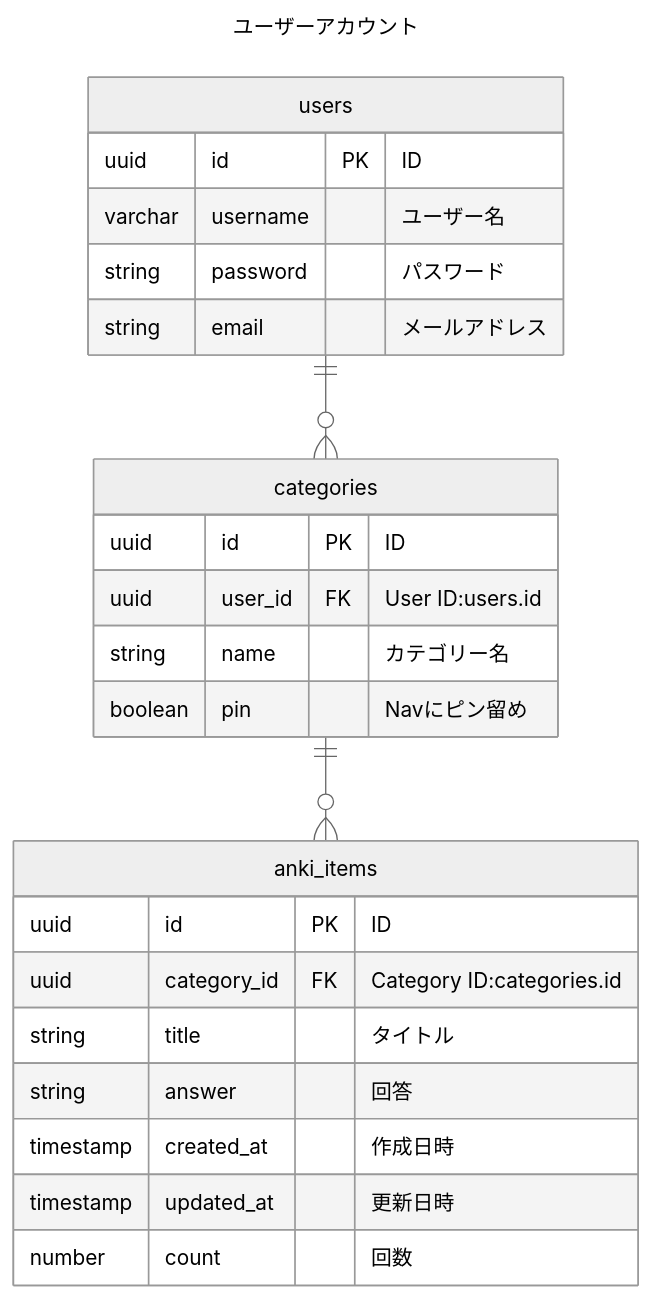
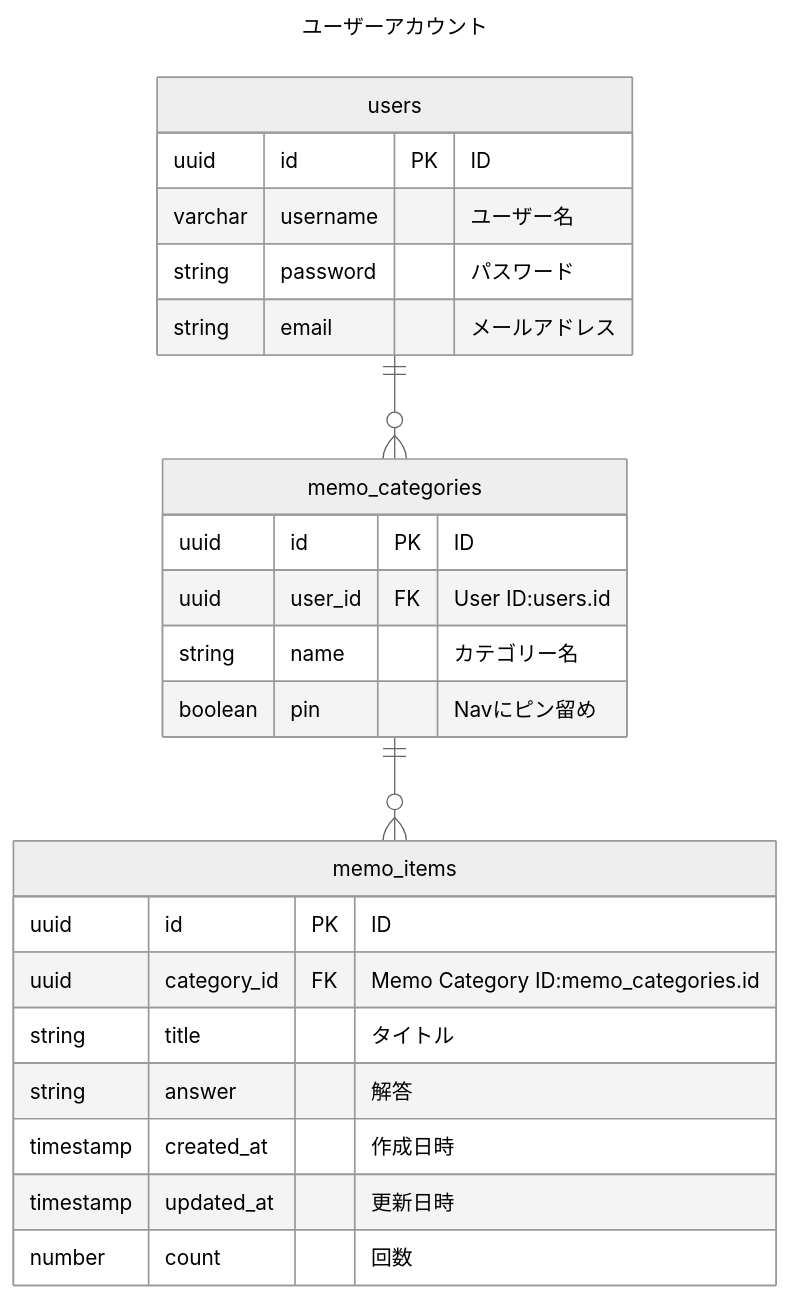
One commit to Faron-17/memorization-app-mock changed the diagram in doc/erd.md. Above: the diagram before and after it, drawn with Mermaid (neutral theme).

Commit message:
- commit

````diff
--- a/doc/erd.md
+++ b/doc/erd.md
@@ -5,32 +5,32 @@
 ```mermaid
 ---
 title: "ユーザーアカウント"
 ---
 erDiagram
-  users ||--o{ categories : ""
-  categories ||--o{ anki_items : ""
+  users ||--o{ memo_categories : ""
+  memo_categories ||--o{ memo_items : ""
 
   users {
     uuid id PK "ID"
     varchar username "ユーザー名"
     string password "パスワード"
     string email "メールアドレス"
   }
 
-  categories {
+  memo_categories {
     uuid id PK "ID"
     uuid user_id FK "User ID:users.id"
     string name "カテゴリー名"
     boolean pin "Navにピン留め"
   }
 
-  anki_items {
+  memo_items {
     uuid id PK "ID"
-    uuid category_id FK "Category ID:categories.id"
+    uuid category_id FK "Memo Category ID:memo_categories.id"
     string title "タイトル"
-    string answer "回答"
+    string answer "解答"
     timestamp created_at "作成日時"
     timestamp updated_at "更新日時"
     number count "回数"
   }
 ```
````
